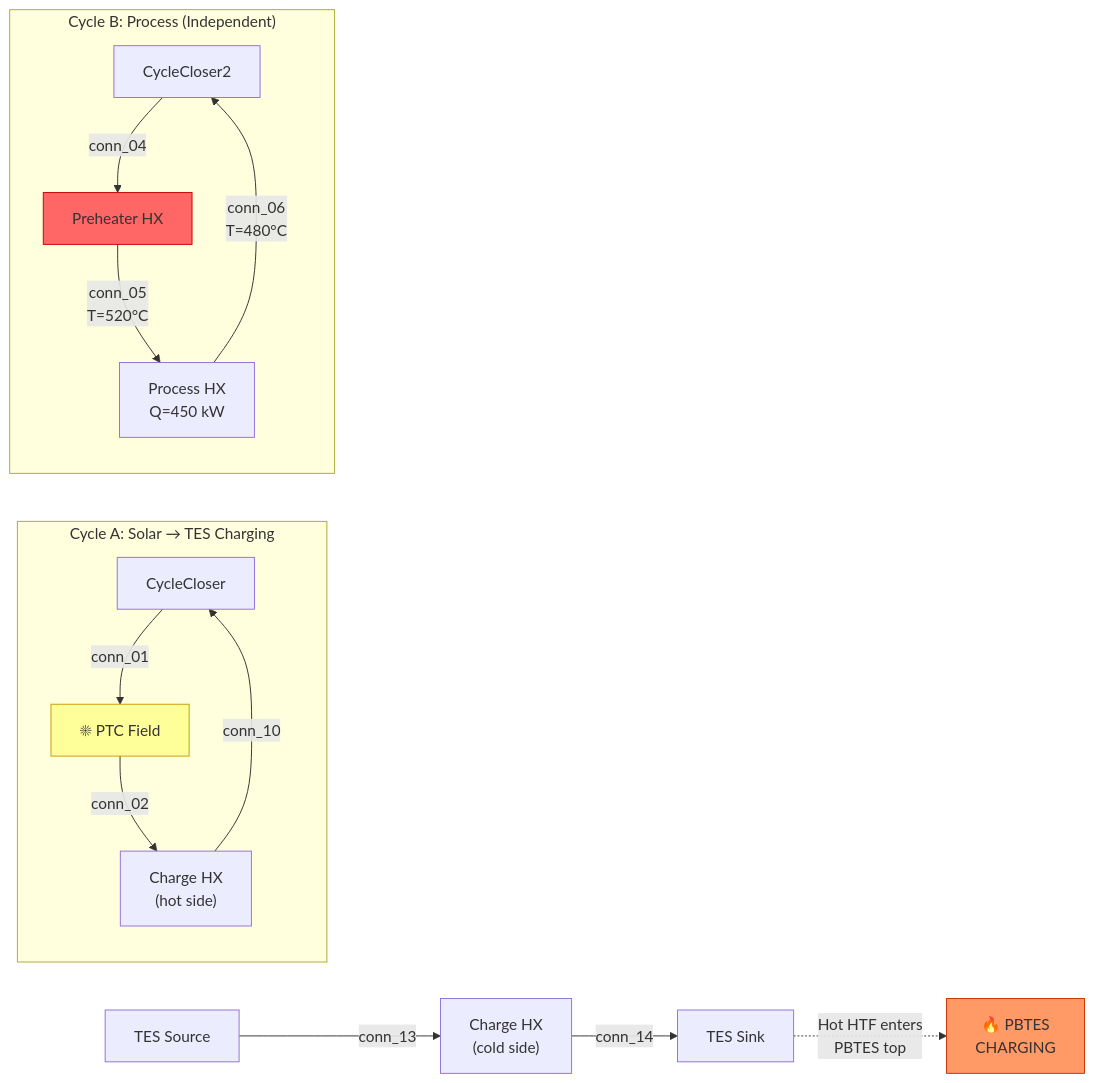
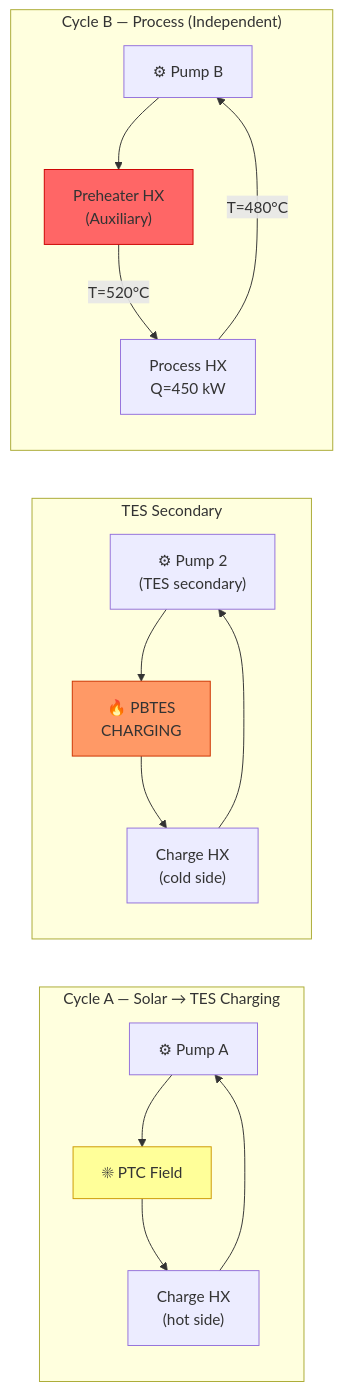
Before and after one commit to iwolde/pbtes-sim: diagram 15 of 17 in insumos paper/PLANT_LAYOUTS_AND_MODES.md, drawn with Mermaid. The commit also changed other lines of this file and 1 other file, not shown here.

````diff
--- a/insumos paper/PLANT_LAYOUTS_AND_MODES.md
+++ b/insumos paper/PLANT_LAYOUTS_AND_MODES.md
@@ -453,23 +503,24 @@
 ```mermaid
 graph LR
-    subgraph "Cycle A: Solar → TES Charging"
-        CC1["CycleCloser"] -->|conn_01| PTC["☀ PTC Field"]
-        PTC -->|conn_02| CHX_H["Charge HX<br/>(hot side)"]
-        CHX_H -->|conn_10| CC1
+    subgraph "Cycle A — Solar → TES Charging"
+        P1A["⚙ Pump A"] --> PTC["☀ PTC Field"]
+        PTC --> CHX_H["Charge HX<br/>(hot side)"]
+        CHX_H --> P1A
     end
 
-    subgraph "Cycle B: Process (Independent)"
-        CC2["CycleCloser2"] -->|conn_04| PH["Preheater HX"]
-        PH -->|conn_05<br/>T=520°C| PR["Process HX<br/>Q=450 kW"]
-        PR -->|conn_06<br/>T=480°C| CC2
+    subgraph "TES Secondary"
+        P2["⚙ Pump 2<br/>(TES secondary)"] --> PBTES["🔥 PBTES<br/>CHARGING"]
+        PBTES --> CHX_C["Charge HX<br/>(cold side)"]
+        CHX_C --> P2
     end
 
-    SRC["TES Source"] -->|conn_13| CHX_C["Charge HX<br/>(cold side)"]
-    CHX_C -->|conn_14| SNK["TES Sink"]
-
-    SNK -.->|"Hot HTF enters<br/>PBTES top"| PBTES["🔥 PBTES<br/>CHARGING"]
+    subgraph "Cycle B — Process (Independent)"
+        P1B["⚙ Pump B"] --> PH["Preheater HX<br/>(Auxiliary)"]
+        PH -->|"T=520°C"| PR["Process HX<br/>Q=450 kW"]
+        PR -->|"T=480°C"| P1B
+    end
 
     style PTC fill:#ff9,stroke:#c90
     style PBTES fill:#f96,stroke:#c30
     style PH fill:#f66,stroke:#c00
 ```
````
